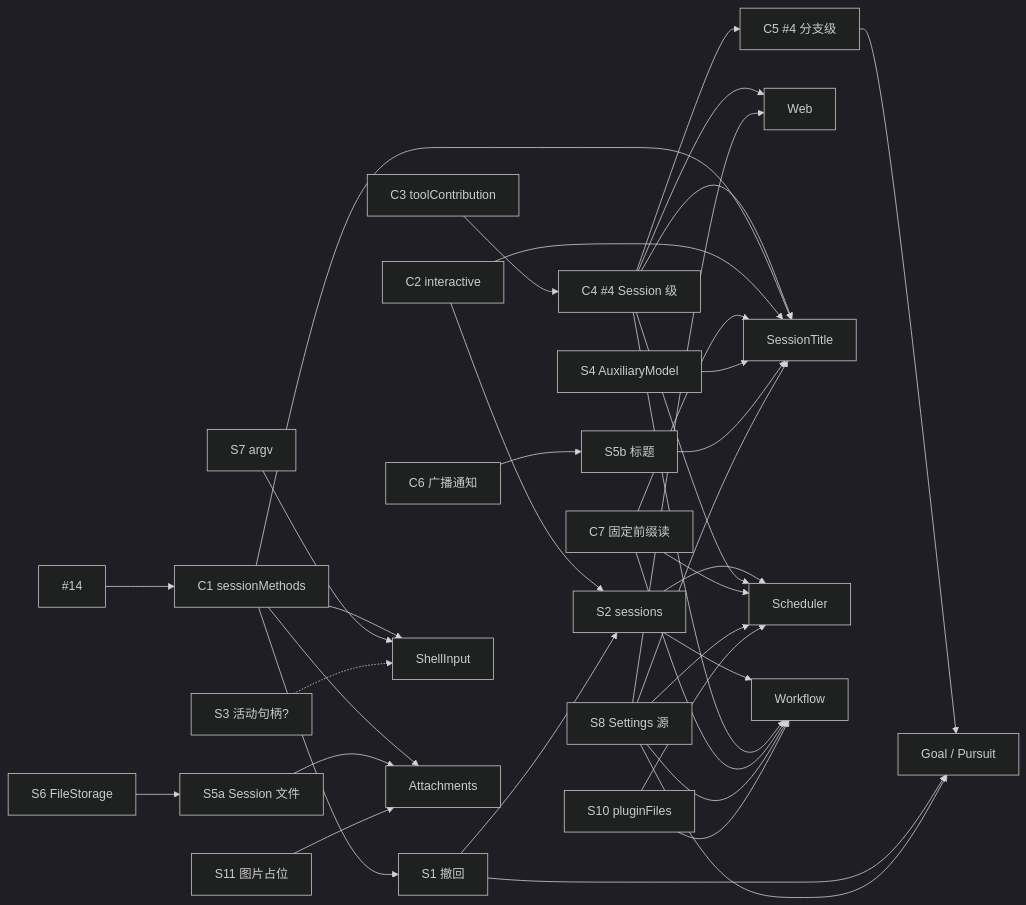
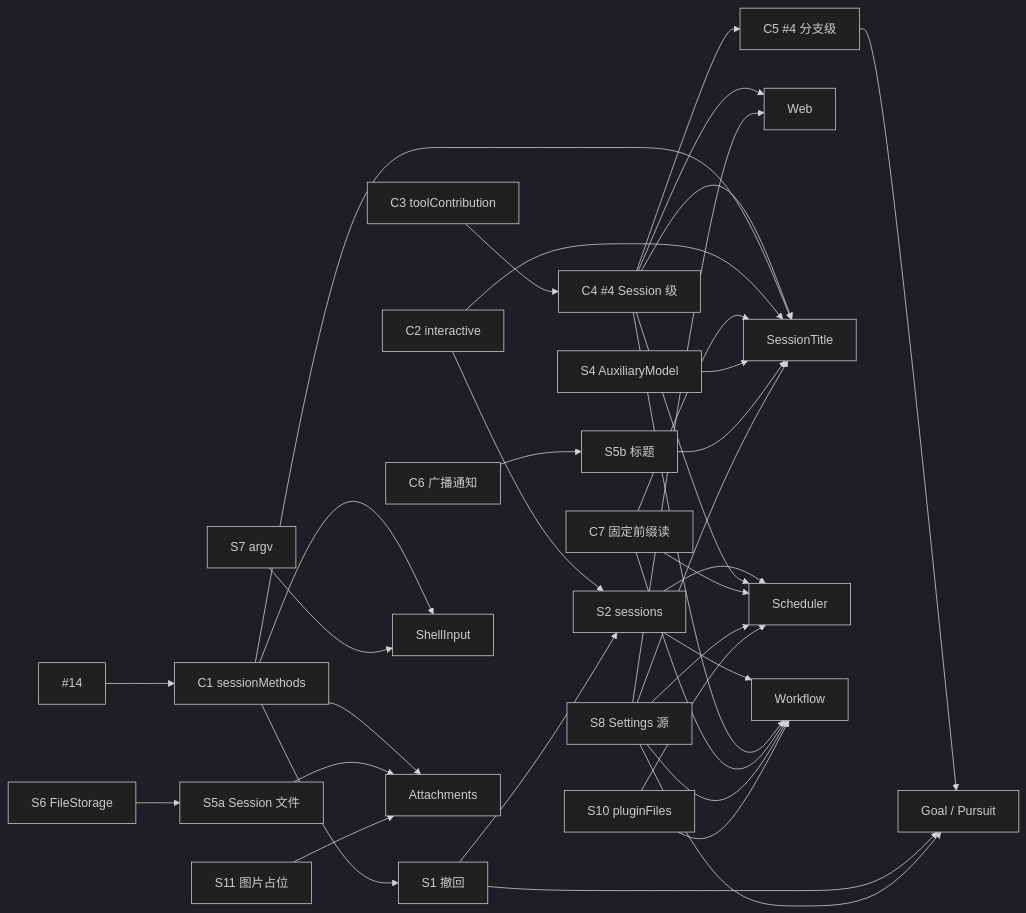
One commit to CoutinhoTTS/dim-agent changed the diagram in docs/design/roadmap.md. Above: the diagram before and after it, drawn with Mermaid (dark theme). The commit also changed other lines of this file and 2 other files, not shown here.

````diff
--- a/docs/design/roadmap.md
+++ b/docs/design/roadmap.md
@@ -152,39 +152,38 @@
 ```mermaid
 flowchart LR
   PR14["#14"] --> C1["C1 sessionMethods"]
   C3["C3 toolContribution"] --> C4["C4 #4 Session 级"] --> C5["C5 #4 分支级"]
   C1 --> S1["S1 撤回"]
   C2["C2 interactive"] --> S2["S2 sessions"]
   S1 --> S2
   C6["C6 广播通知"] --> S5b["S5b 标题"]
   S6["S6 FileStorage"] --> S5a["S5a Session 文件"]
 
   C1 --> SH["ShellInput"]
   S7["S7 argv"] --> SH
-  S3["S3 活动句柄?"] -.-> SH
   C1 --> AT["Attachments"]
   S5a --> AT
   S11["S11 图片占位"] --> AT
   C4 --> WEB["Web"]
   S8["S8 Settings 源"] --> WEB
   C4 --> ST["SessionTitle"]
   C1 --> ST
   C2 --> ST
   C7["C7 固定前缀读"] --> ST
   S4["S4 AuxiliaryModel"] --> ST
   S5b --> ST
   S8 --> ST
   C5 --> GO["Goal / Pursuit"]
   S1 --> GO
   S8 --> GO
   S2 --> SC["Scheduler"]
   S2 --> WF["Workflow"]
   C4 --> SC
   C4 --> WF
   C7 --> SC
   C7 --> WF
   S8 --> SC
   S8 --> WF
   S10["S10 pluginFiles"] --> SC
   S10 --> WF
 ```
````
